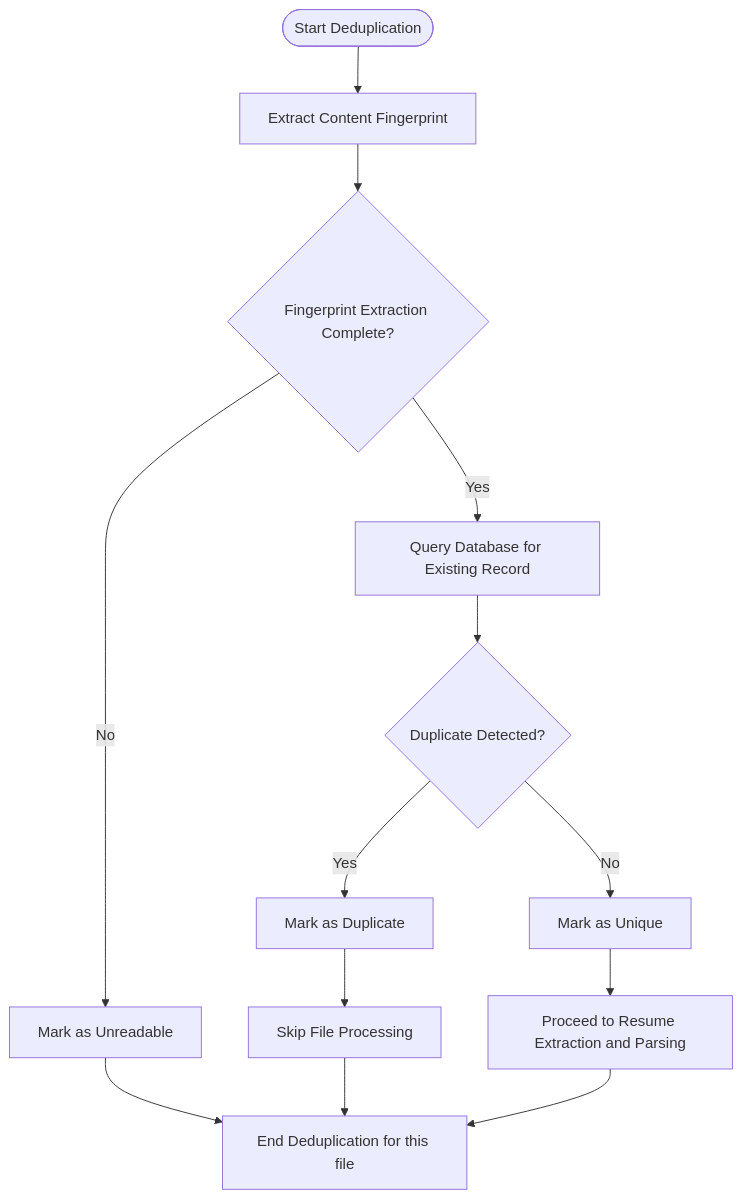
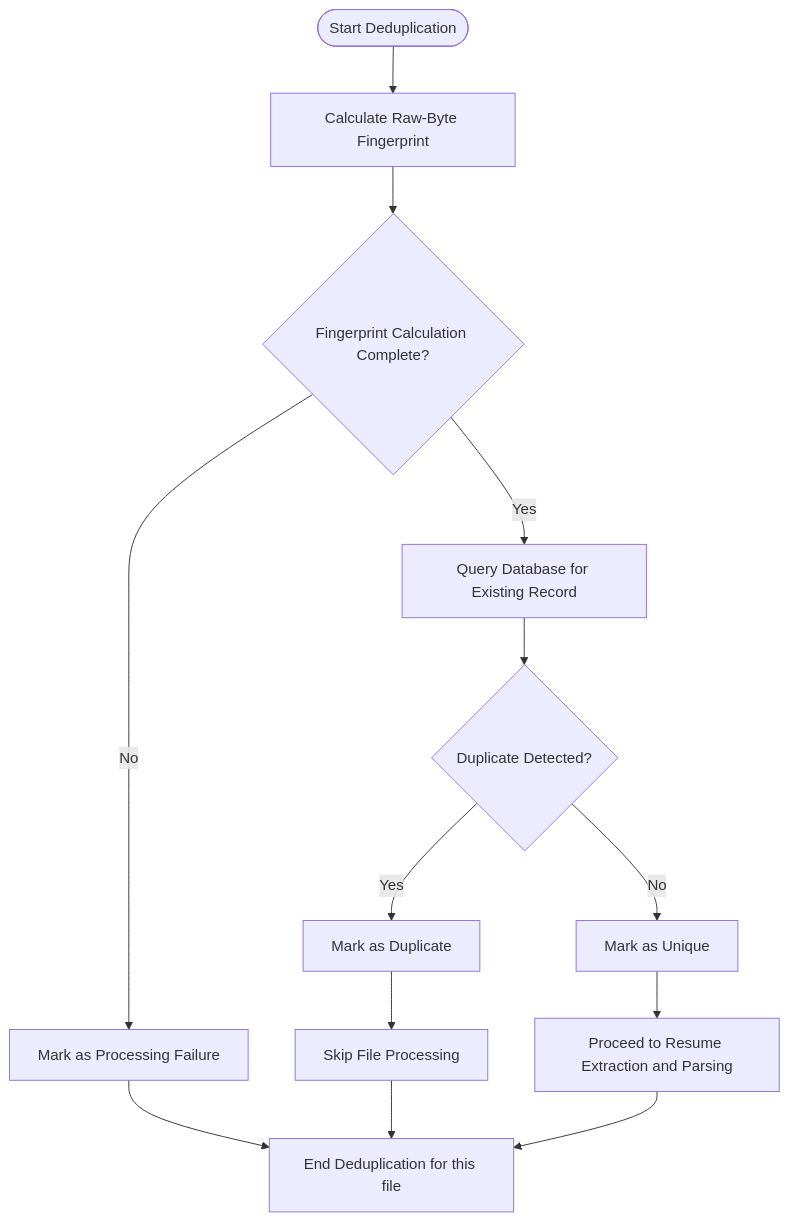
The diagram in docs/system/resume-processing/processes/3-deduplication.md (DelgadoArlee/cv-brewer), drawn with Mermaid before and after one commit. The commit also changed other lines of this file and 184 other files, not shown here.

````diff
--- a/docs/system/resume-processing/processes/3-deduplication.md
+++ b/docs/system/resume-processing/processes/3-deduplication.md
@@ -11,15 +11,15 @@
 ```mermaid
 flowchart TD
-    A([Start Deduplication]) --> B[Extract Content Fingerprint]
-    B --> C{Fingerprint Extraction Complete?}
-    C -->|No| D[Mark as Unreadable]
+    A([Start Deduplication]) --> B[Calculate Raw-Byte Fingerprint]
+    B --> C{Fingerprint Calculation Complete?}
+    C -->|No| D[Mark as Processing Failure]
     D --> E[End Deduplication for this file]
     C -->|Yes| F[Query Database for Existing Record]
     F --> G{Duplicate Detected?}
     G -->|Yes| H[Mark as Duplicate]
     H --> I[Skip File Processing]
     I --> E
     G -->|No| J[Mark as Unique]
     J --> K[Proceed to Resume Extraction and Parsing]
     K --> E
 ```
````
